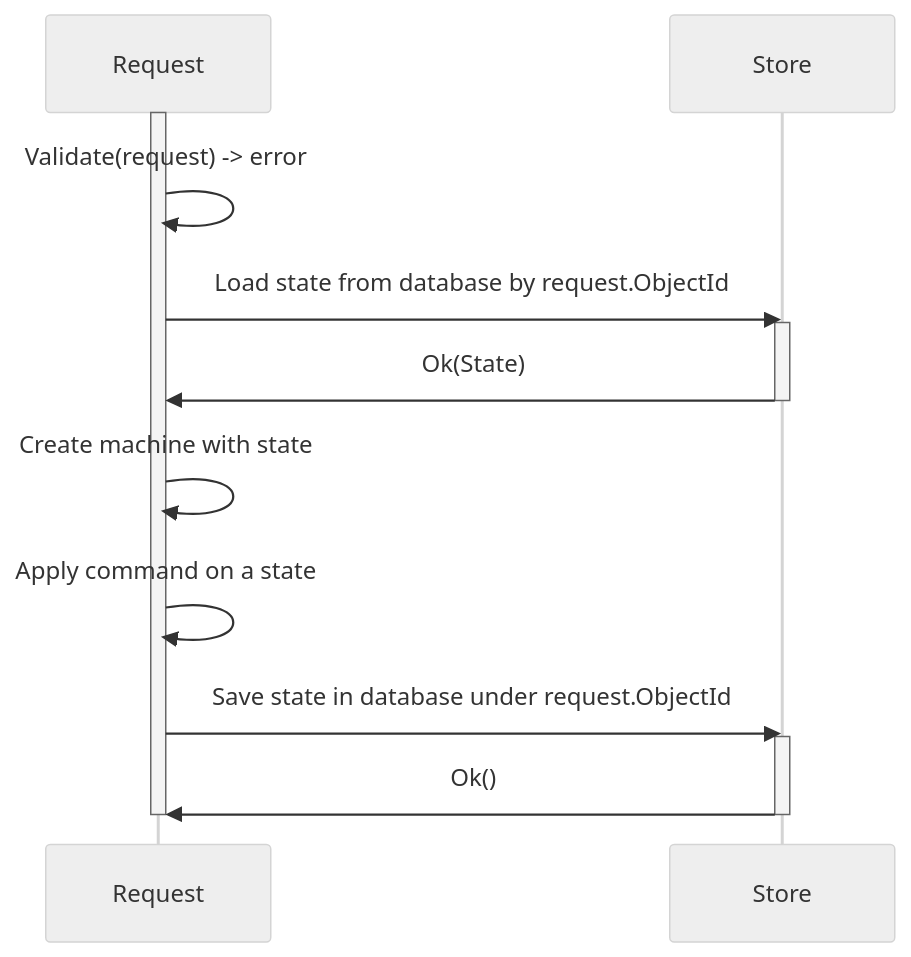
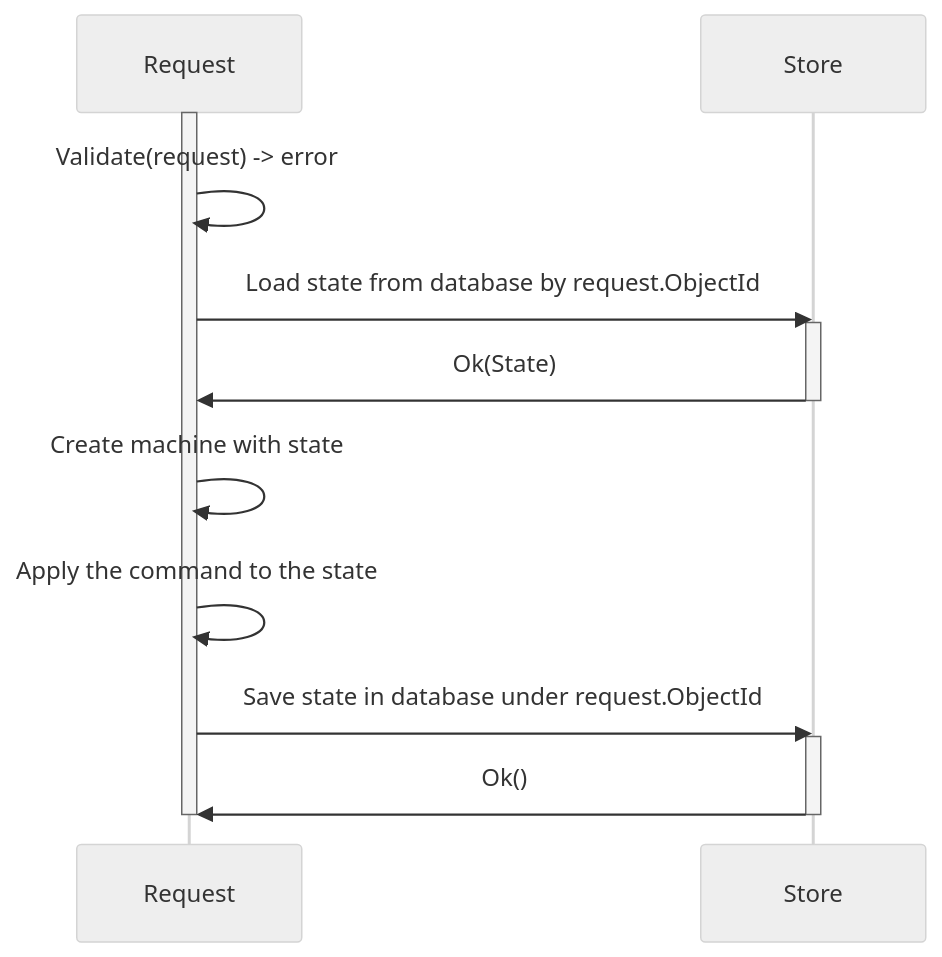
One commit to widmogrod/mkunion changed the third of 3 diagrams in x/machine/README.md. Above: the diagram before and after it, drawn with Mermaid (neutral theme). The commit also changed other lines of this file and 14 other files, not shown here.

````diff
--- a/x/machine/README.md
+++ b/x/machine/README.md
@@ -157,23 +157,23 @@
 ```mermaid
 sequenceDiagram
     participant R as Request
     participant Store as Store
 
     activate R
     R->>R: Validate(request) -> error
     
     R->>Store: Load state from database by request.ObjectId
     activate Store
     Store->>R: Ok(State)
     deactivate Store
     
     R->>R: Create machine with state
-    R->>R: Apply command on a state
+    R->>R: Apply the command to the state
     
     R->>Store: Save state in database under request.ObjectId
     activate Store
     Store->>R: Ok()
     deactivate Store
     
     deactivate R
 ```
````
